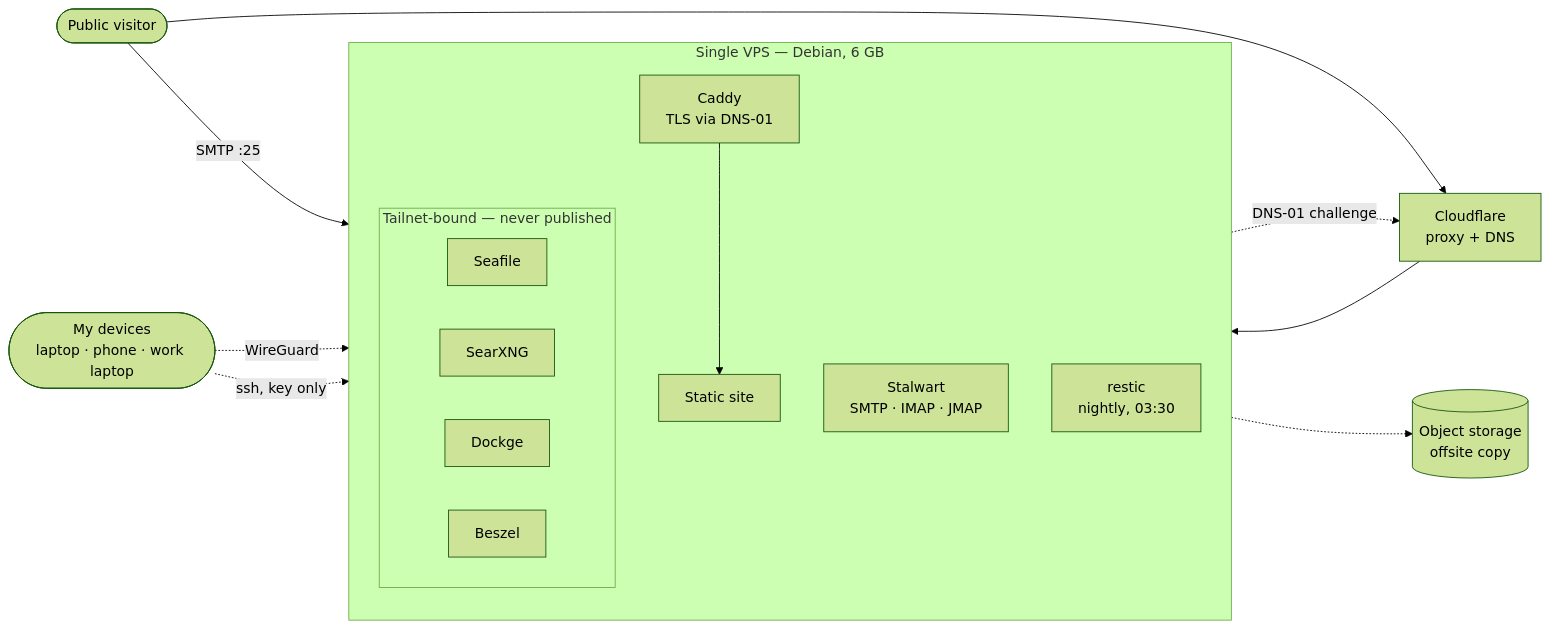
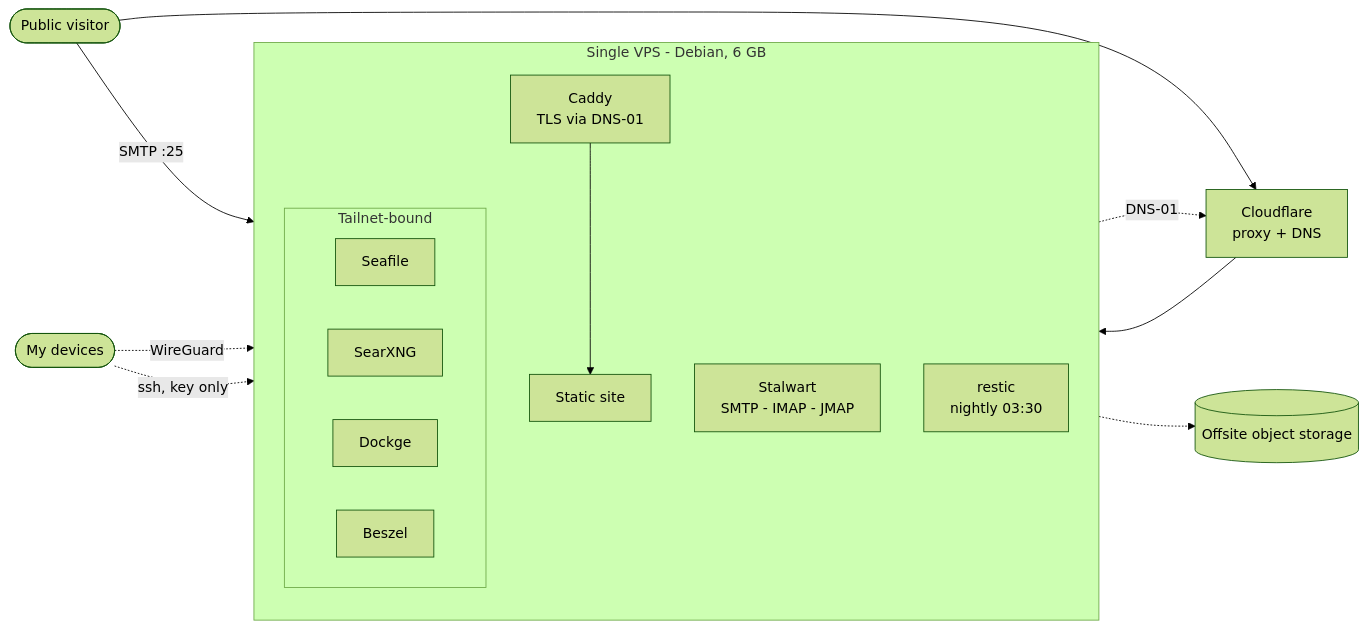
Before and after one commit to lucavieiram/self-hosted-stack: the first of 3 diagrams in README.md, drawn with Mermaid (forest theme). The commit also changed other lines of this file and 7 other files, not shown here.

First line of the commit message:
fix mermaid parse error in the request-path diagram, cut the prose

````diff
--- a/README.md
+++ b/README.md
@@ -26,29 +15,29 @@
 ```mermaid
 graph LR
     user(["Public visitor"])
-    me(["My devices<br/>laptop · phone · work laptop"])
+    me(["My devices"])
     cf["Cloudflare<br/>proxy + DNS"]
 
-    subgraph vps["Single VPS — Debian, 6 GB"]
+    subgraph vps["Single VPS - Debian, 6 GB"]
         direction TB
         caddy["Caddy<br/>TLS via DNS-01"]
         site["Static site"]
-        mail["Stalwart<br/>SMTP · IMAP · JMAP"]
+        mail["Stalwart<br/>SMTP - IMAP - JMAP"]
 
-        subgraph private["Tailnet-bound — never published"]
+        subgraph private["Tailnet-bound"]
             files["Seafile"]
             search["SearXNG"]
             dockge["Dockge"]
             beszel["Beszel"]
         end
 
-        restic["restic<br/>nightly, 03:30"]
+        restic["restic<br/>nightly 03:30"]
     end
 
     user --> cf --> caddy --> site
     user -->|"SMTP :25"| mail
     me -.->|"WireGuard"| private
     me -.->|"ssh, key only"| vps
-    caddy -.->|"DNS-01 challenge"| cf
-    restic -.-> offsite[("Object storage<br/>offsite copy")]
+    caddy -.->|"DNS-01"| cf
+    restic -.-> offsite[("Offsite object storage")]
 ```
````
